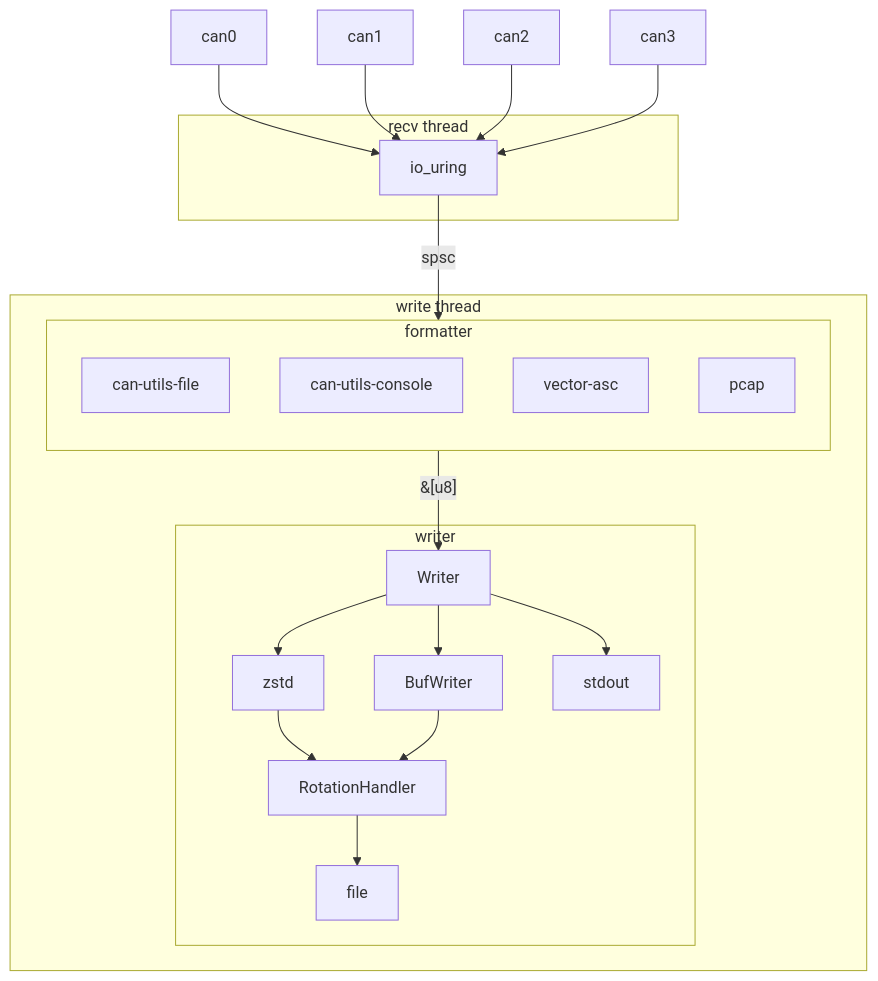
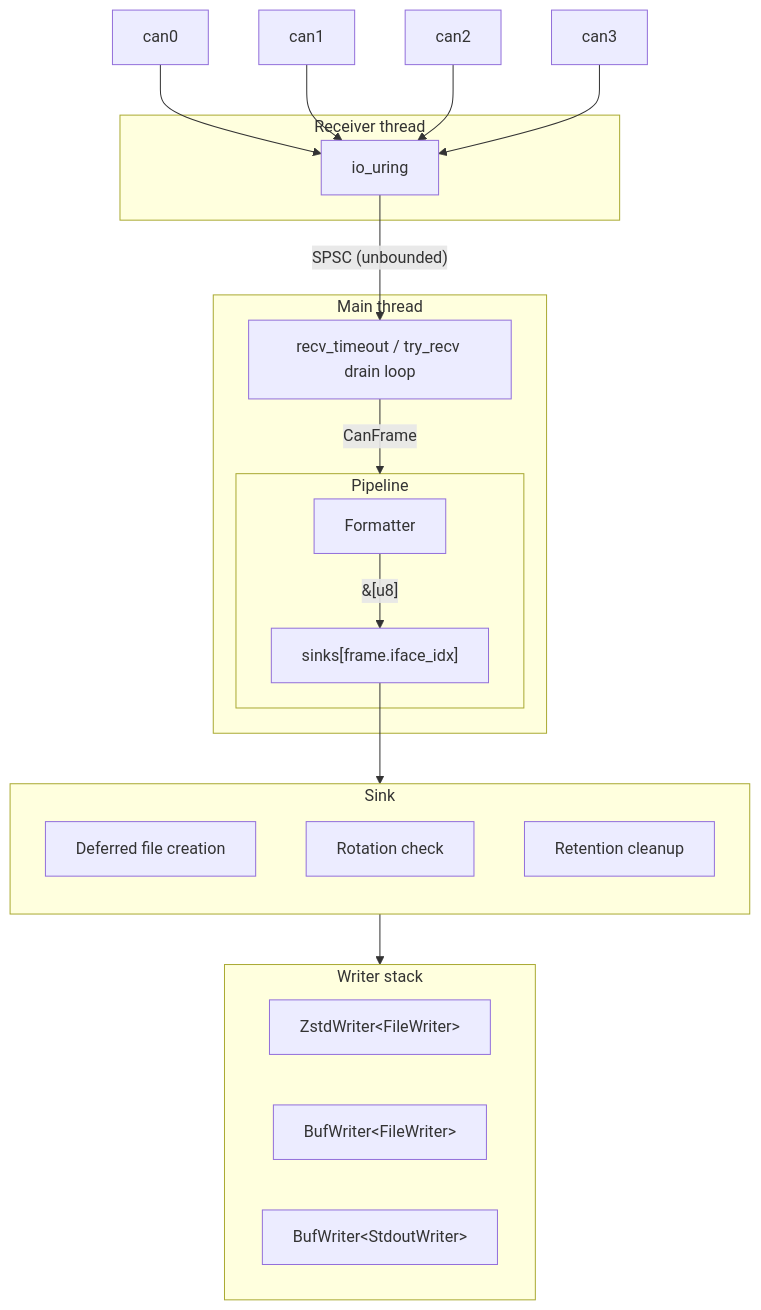
Before and after one commit to Notgnoshi/can-utils-rs: the first of 2 diagrams in docs/design/candumpr/02-architecture.md, drawn with Mermaid. The commit also changed other lines of this file, not shown here.

Commit message:
Flesh out the write pipeline in the architecture design doc

````diff
--- a/docs/design/candumpr/02-architecture.md
+++ b/docs/design/candumpr/02-architecture.md
@@ -35,30 +37,37 @@
 ```mermaid
 graph TD
     can0 & can1 & can2 & can3 --> io_uring
 
-    subgraph recv [recv thread]
+    subgraph recv [Receiver thread]
         io_uring
     end
 
-    io_uring --> |spsc| formatter
+    io_uring --> |"SPSC (unbounded)"| main_loop
 
-    subgraph write [write thread]
-        subgraph formatter
-            direction TD
+    subgraph main [Main thread]
+        main_loop["recv_timeout / try_recv drain loop"]
+        main_loop --> |CanFrame| Pipeline
+    end
 
-            can-utils-file
-            can-utils-console
-            vector-asc
-            pcap
-        end
+    subgraph Pipeline
+        Formatter --> |"&[u8]"| dispatch["sinks[frame.iface_idx]"]
+    end
 
-        formatter --> |"&[u8]"| Writer
+    subgraph sink [Sink]
+        direction TD
+        deferred["Deferred file creation"]
+        rotation["Rotation check"]
+        retention["Retention cleanup"]
+    end
 
-        subgraph writer
-            Writer --> zstd & BufWriter & stdout
-            zstd --> RotationHandler
-            BufWriter --> RotationHandler
-            RotationHandler --> file
-        end
+    dispatch --> sink
+
+    subgraph writers [Writer stack]
+        direction LR
+        compressed["ZstdWriter&lt;FileWriter&gt;"]
+        uncompressed["BufWriter&lt;FileWriter&gt;"]
+        live["BufWriter&lt;StdoutWriter&gt;"]
     end
+
+    sink --> writers
 ```
````
